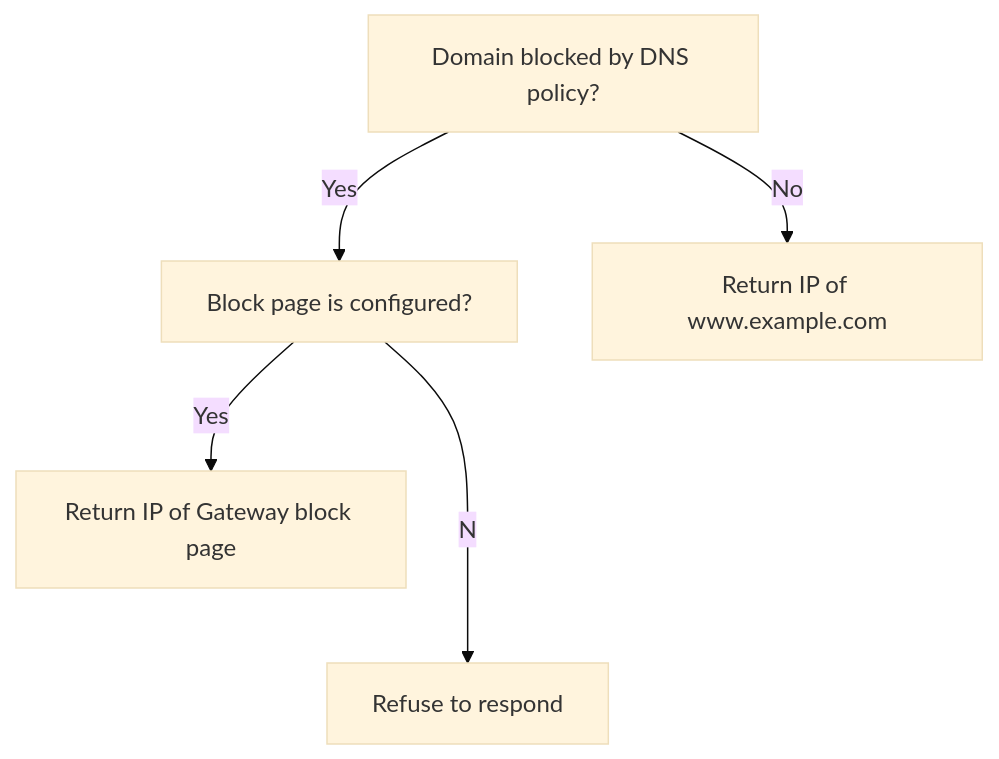
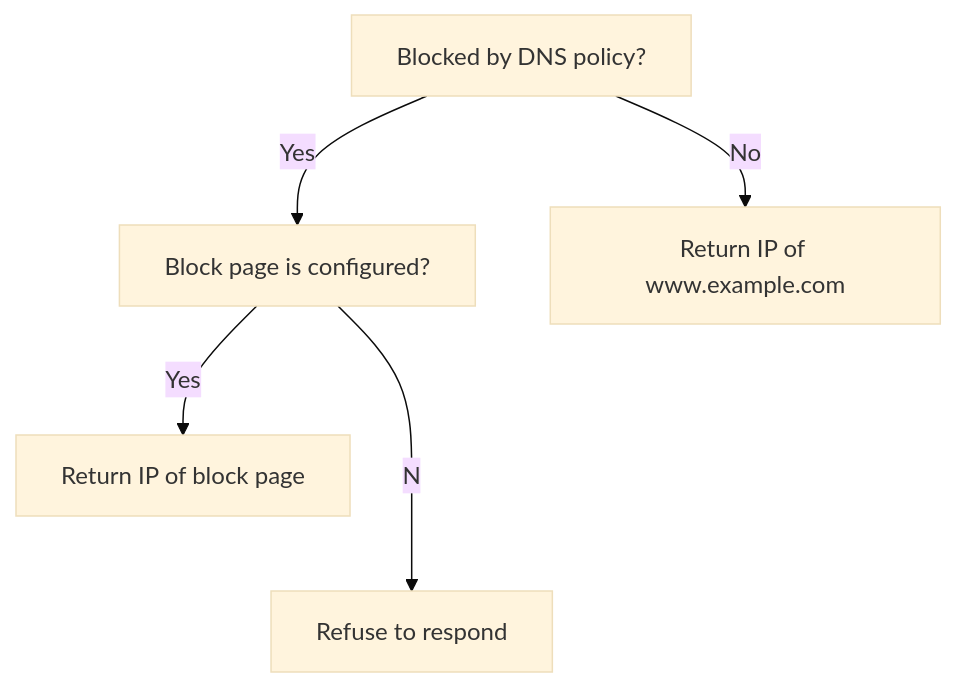
One commit to cloudflare/cloudflare-docs changed the second of 2 diagrams in content/learning-paths/modules/security/dns-filtering-concepts/what-is-dns-filtering.md. Above: the diagram before and after it, drawn with Mermaid (base theme). The commit also changed other lines of this file and 2 other files, not shown here.

Commit message:
DNS filtering concepts

````diff
--- a/content/learning-paths/modules/security/dns-filtering-concepts/what-is-dns-filtering.md
+++ b/content/learning-paths/modules/security/dns-filtering-concepts/what-is-dns-filtering.md
@@ -21,6 +34,7 @@
 ```mermaid
 flowchart TD
-A[Domain blocked by DNS policy?] --Yes --> B[Block page is configured?] --Yes--> C[Return IP of Gateway block page]
+accTitle: DNS filtering logic
+A[Blocked by DNS policy?] --Yes --> B[Block page is configured?] --Yes--> C[Return IP of block page]
 B--No-->E[Refuse to respond]
 A --No --> D[Return IP of www.example.com]
 ```
````
